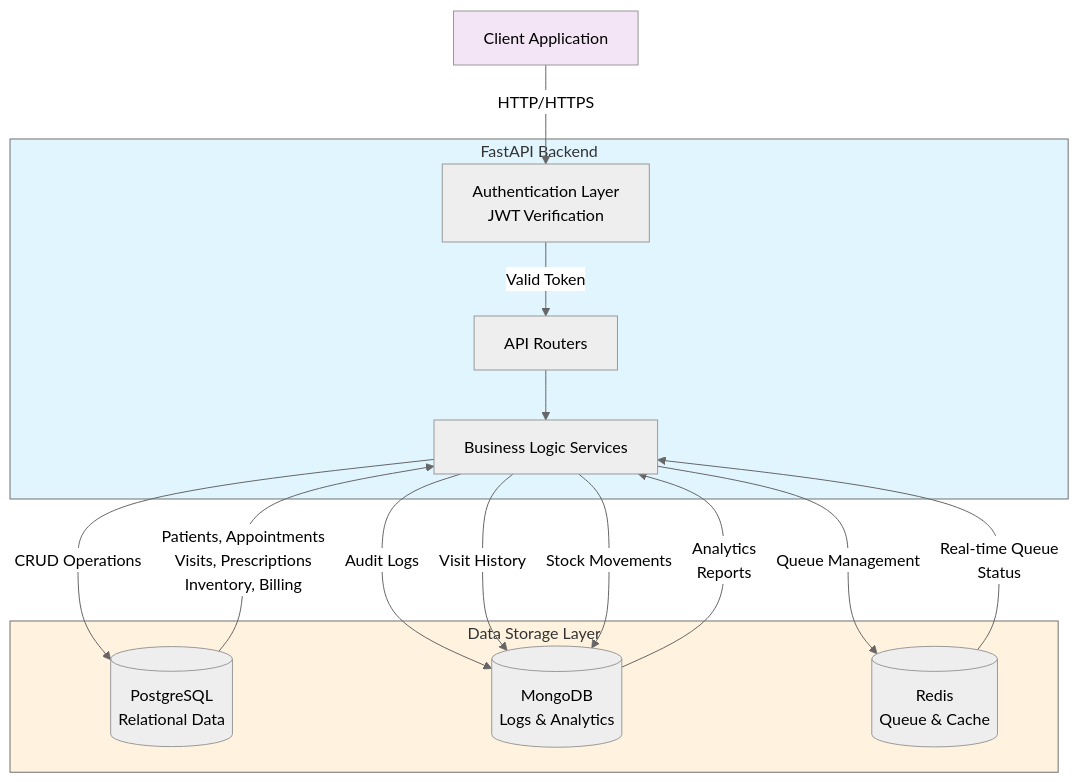
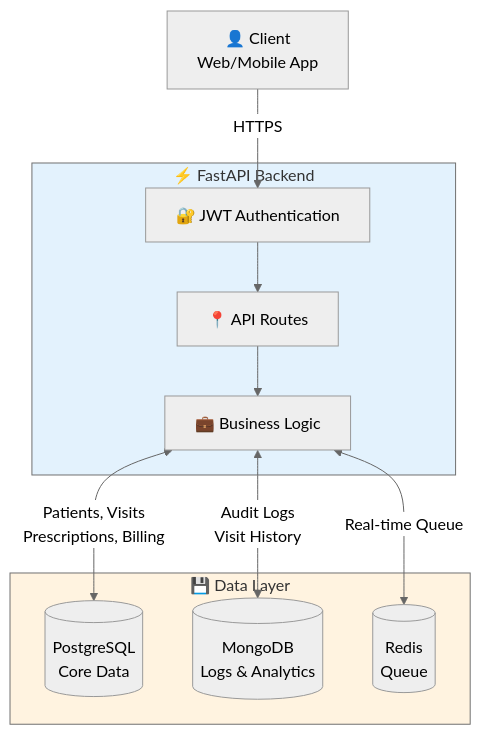
One commit to harshit-tew/Qure-Clinic-Management-System changed the first of 3 diagrams in README.md. Above: the diagram before and after it, drawn with Mermaid (neutral theme). The commit also changed other lines of this file, not shown here.

Commit message:
Updated Readme with flowcharts

````diff
--- a/README.md
+++ b/README.md
@@ -71,34 +26,27 @@
 ```mermaid
 flowchart TB
-    Client[Client Application]
+    Client[👤 Client<br/>Web/Mobile App]
 
-    subgraph FastAPI["FastAPI Backend"]
-        Auth[Authentication Layer<br/>JWT Verification]
-        Router[API Routers]
-        Services[Business Logic Services]
+    subgraph API["⚡ FastAPI Backend"]
+        Auth[🔐 JWT Authentication]
+        Routes[📍 API Routes]
+        Logic[💼 Business Logic]
     end
 
-    subgraph Databases["Data Storage Layer"]
-        PG[(PostgreSQL<br/>Relational Data)]
+    subgraph DB["💾 Data Layer"]
+        PG[(PostgreSQL<br/>Core Data)]
         Mongo[(MongoDB<br/>Logs & Analytics)]
-        Redis[(Redis<br/>Queue & Cache)]
+        Redis[(Redis<br/>Queue)]
     end
 
-    Client -->|HTTP/HTTPS| Auth
-    Auth -->|Valid Token| Router
-    Router --> Services
+    Client -->|HTTPS| Auth
+    Auth --> Routes
+    Routes --> Logic
 
-    Services -->|CRUD Operations| PG
-    Services -->|Audit Logs| Mongo
-    Services -->|Visit History| Mongo
-    Services -->|Stock Movements| Mongo
-    Services -->|Queue Management| Redis
+    Logic <-->|Patients, Visits<br/>Prescriptions, Billing| PG
+    Logic <-->|Audit Logs<br/>Visit History| Mongo
+    Logic <-->|Real-time Queue| Redis
 
-    PG -->|Patients, Appointments<br/>Visits, Prescriptions<br/>Inventory, Billing| Services
-    Mongo -->|Analytics<br/>Reports| Services
-    Redis -->|Real-time Queue<br/>Status| Services
-
-    style FastAPI fill:#e1f5ff
-    style Databases fill:#fff3e0
-    style Client fill:#f3e5f5
+    style API fill:#e3f2fd
+    style DB fill:#fff3e0
 ```
````
